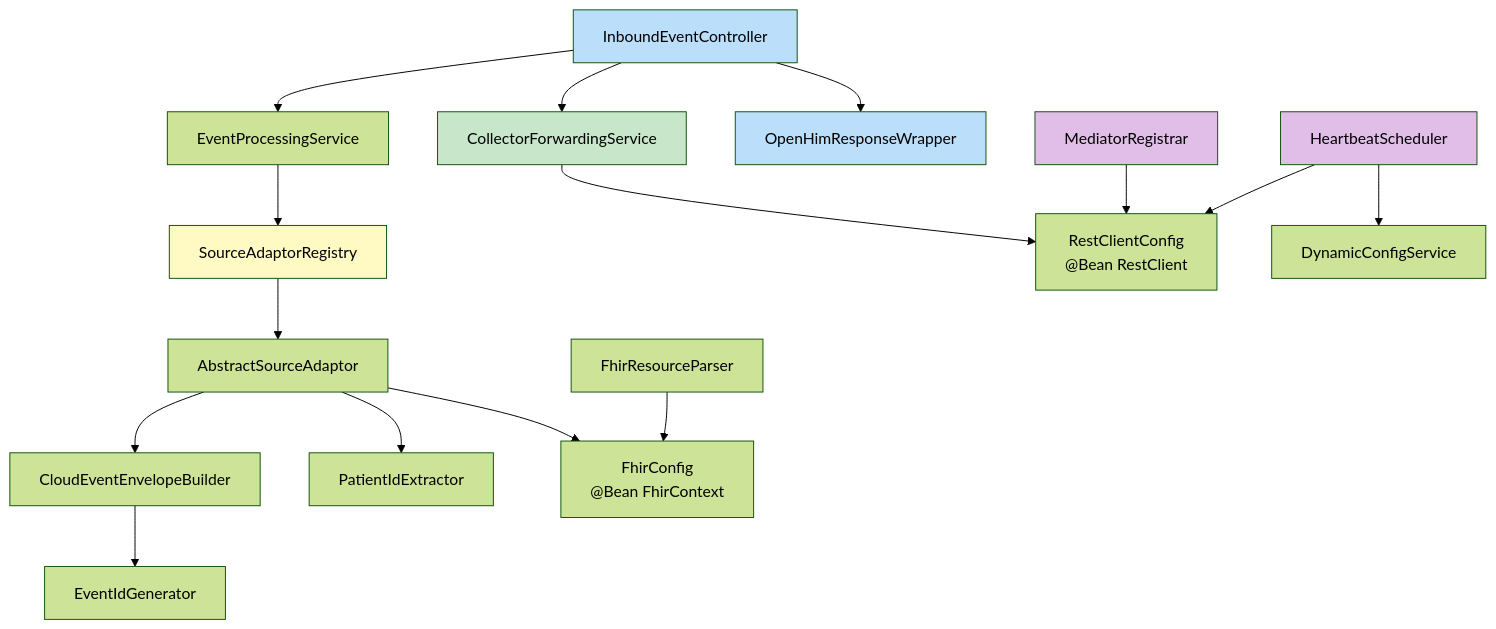
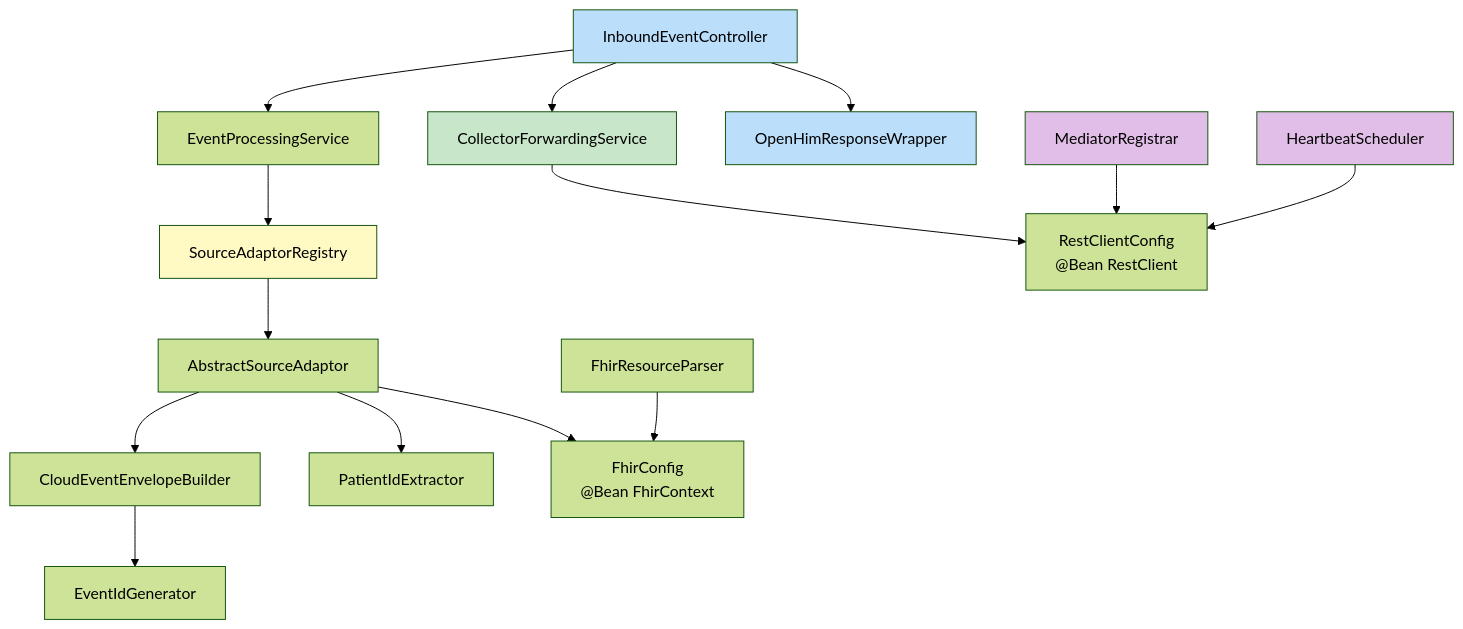
Before and after one commit to Jayaprakash8887/openhim-cce-emitter-adaptor: the seventh of 8 diagrams in docs/flow-diagrams.md, drawn with Mermaid (forest theme). The commit also changed other lines of this file and 13 other files, not shown here.

````diff
--- a/docs/flow-diagrams.md
+++ b/docs/flow-diagrams.md
@@ -239,49 +233,47 @@
 ```mermaid
 flowchart TD
     CTRL[InboundEventController]
     NORM[EventProcessingService]
     REG[SourceAdaptorRegistry]
     FWD[CollectorForwardingService]
     WRAP[OpenHimResponseWrapper]
 
     SA_ABS[AbstractSourceAdaptor]
 
     CE[CloudEventEnvelopeBuilder]
     PIE[PatientIdExtractor]
     FRP[FhirResourceParser]
     IDG[EventIdGenerator]
 
     REG_HB[MediatorRegistrar]
     HB[HeartbeatScheduler]
-    DC[DynamicConfigService]
 
     FC["FhirConfig<br/>@Bean FhirContext"]
     RC["RestClientConfig<br/>@Bean RestClient"]
 
     CTRL --> NORM
     CTRL --> FWD
     CTRL --> WRAP
 
     NORM --> REG
     REG --> SA_ABS
 
     SA_ABS --> CE
     SA_ABS --> PIE
 
     CE --> IDG
 
     FWD --> RC
     REG_HB --> RC
     HB --> RC
-    HB --> DC
 
     SA_ABS --> FC
     FRP --> FC
 
     style CTRL fill:#bbdefb
     style WRAP fill:#bbdefb
     style FWD fill:#c8e6c9
     style REG fill:#fff9c4
     style REG_HB fill:#e1bee7
     style HB fill:#e1bee7
 ```
````
